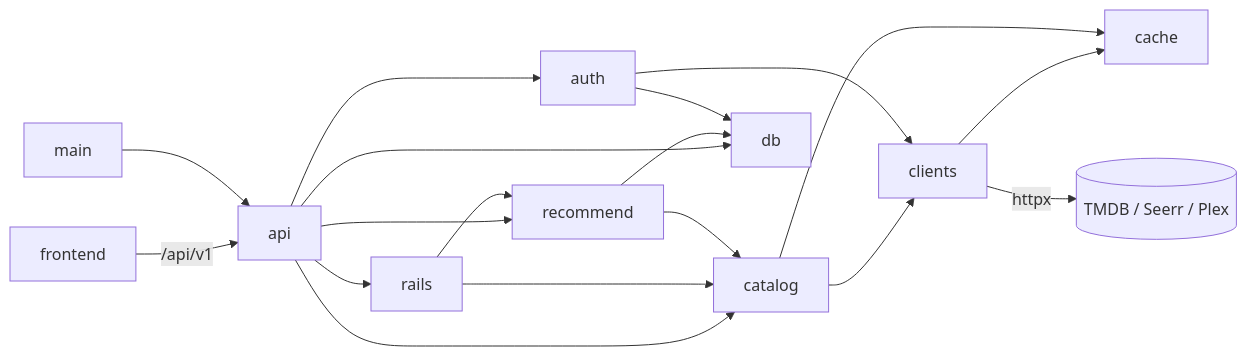
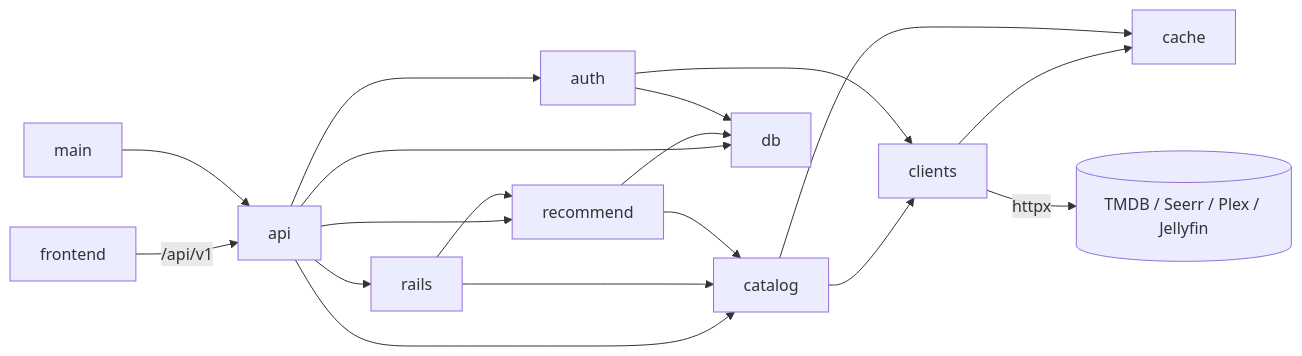
The diagram in braid/map.md (ZacharyArthur/tasterr), drawn with Mermaid before and after one commit. The commit also changed other lines of this file and 182 other files, not shown here.

````diff
--- a/braid/map.md
+++ b/braid/map.md
@@ -71,20 +78,20 @@
 ```mermaid
 flowchart LR
   SPA[frontend] -->|/api/v1| api
   main --> api
   api --> auth
   api --> rails
   api --> recommend
   api --> catalog
   api --> db
   rails --> recommend
   rails --> catalog
   recommend --> catalog
   recommend --> db
   catalog --> clients
   auth --> clients
   auth --> db
   clients --> cache
   catalog --> cache
-  clients -->|httpx| ext[(TMDB / Seerr / Plex)]
+  clients -->|httpx| ext[(TMDB / Seerr / Plex / Jellyfin)]
 ```
````
